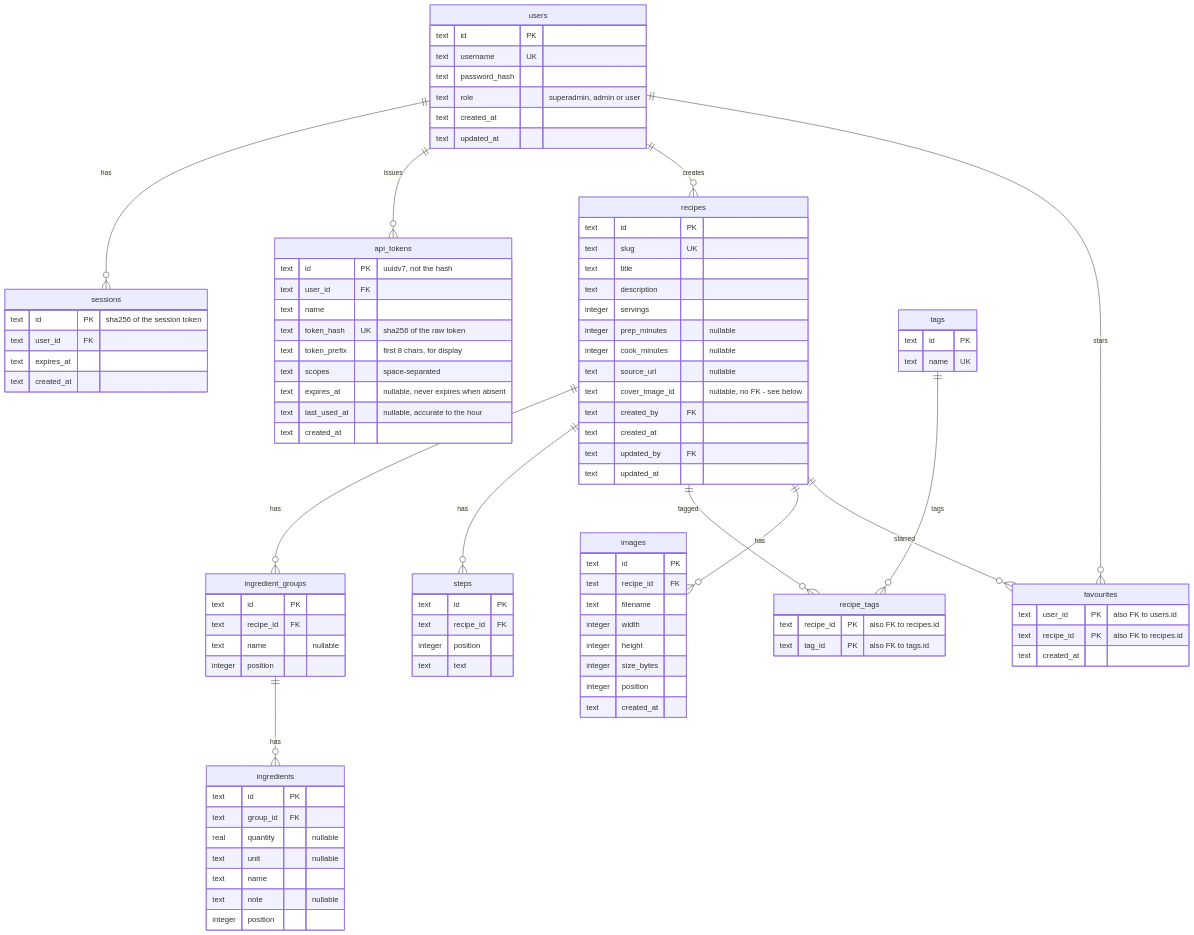
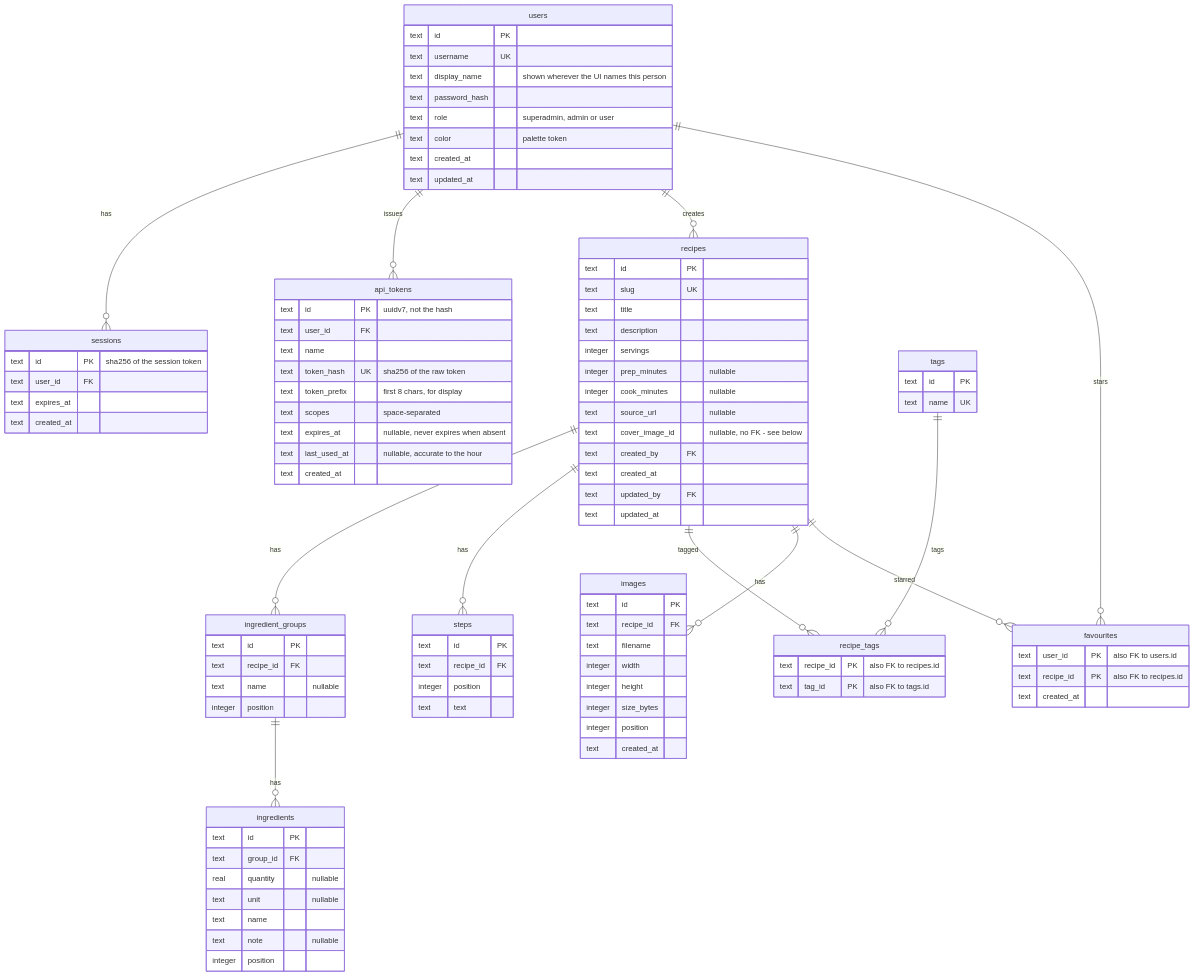
The diagram in docs/memory/content/architecture/data-model.mdx (s-frei/rezepte), drawn with Mermaid before and after one commit. The commit also changed other lines of this file and 81 other files, not shown here.

Commit message:
feat: give every account a display name and a personal colour

```diff
--- a/docs/memory/content/architecture/data-model.mdx
+++ b/docs/memory/content/architecture/data-model.mdx
@@ -19,8 +19,10 @@
   users {
     text id PK
     text username UK
+    text display_name "shown wherever the UI names this person"
     text password_hash
     text role "superadmin, admin or user"
+    text color "palette token"
     text created_at
     text updated_at
   }
```
